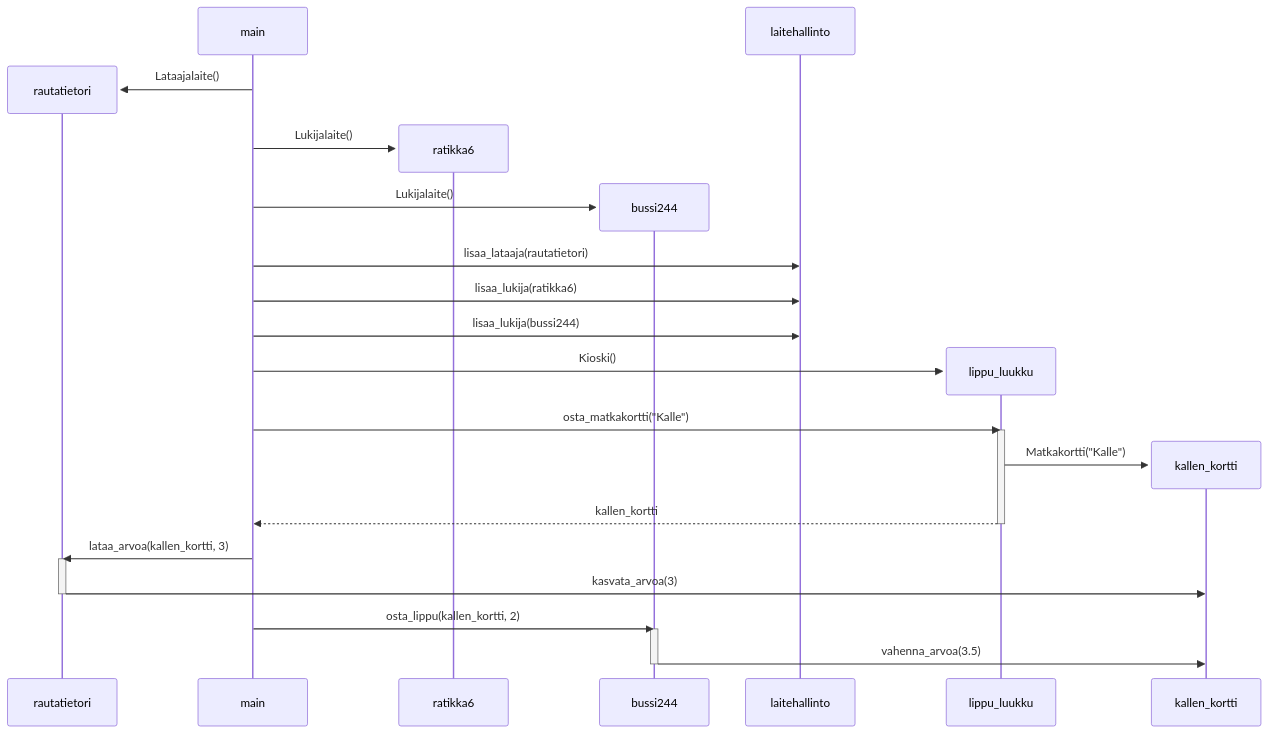
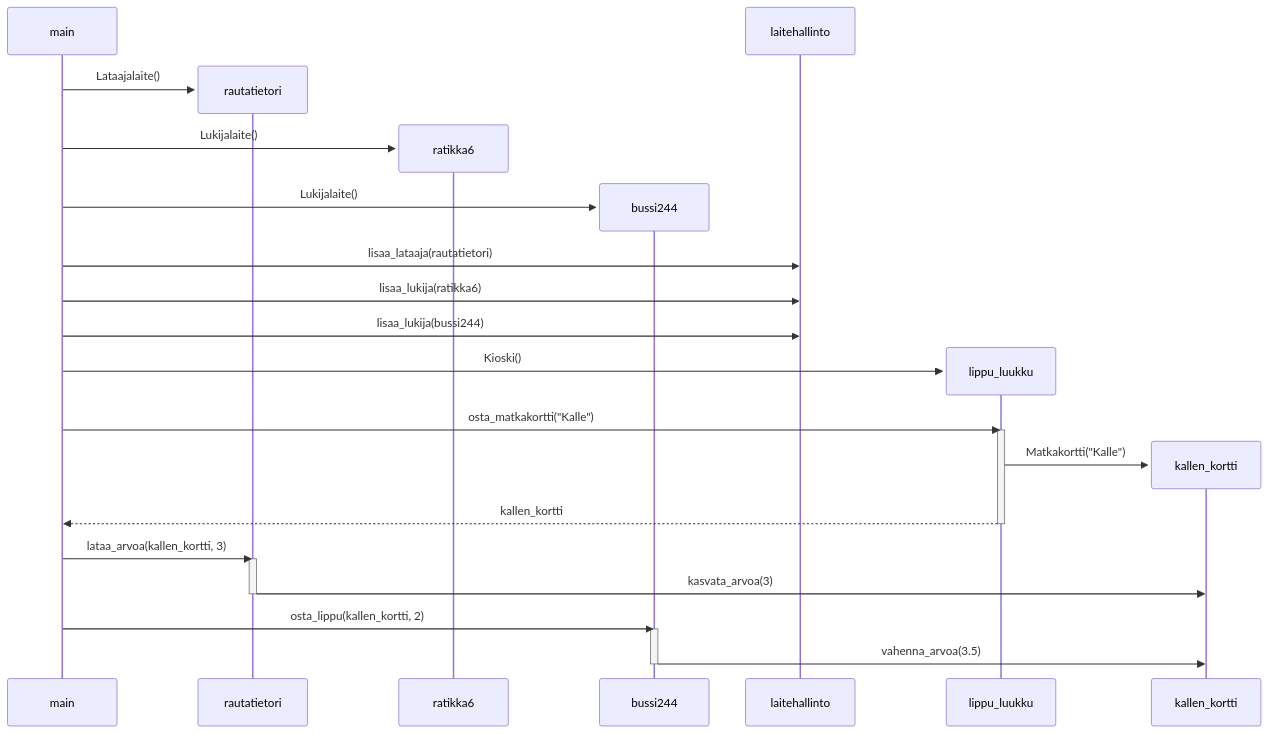
The diagram in laskarit/viikko3/hsl.md (TatuLaras/ot-harjoitustyo), drawn with Mermaid before and after one commit.

Commit message:
Sekvenssikaavio, muokkaus

````diff
--- a/laskarit/viikko3/hsl.md
+++ b/laskarit/viikko3/hsl.md
@@ -1,28 +1,29 @@
 ```mermaid
 sequenceDiagram
+    create participant main
     create participant rautatietori
     main ->>rautatietori: Lataajalaite()
     create participant ratikka6
     main ->>ratikka6: Lukijalaite()
     create participant bussi244
     main ->>bussi244: Lukijalaite()
     main ->>laitehallinto: lisaa_lataaja(rautatietori)
     main ->>laitehallinto: lisaa_lukija(ratikka6)
     main ->>laitehallinto: lisaa_lukija(bussi244)
     create participant lippu_luukku
     main ->>lippu_luukku: Kioski()
     main ->>lippu_luukku: osta_matkakortti("Kalle")
     activate lippu_luukku
     create participant kallen_kortti
     lippu_luukku->>kallen_kortti: Matkakortti("Kalle")
     lippu_luukku-->>main: kallen_kortti
     deactivate lippu_luukku
     main->>rautatietori: lataa_arvoa(kallen_kortti, 3)
     activate rautatietori
     rautatietori->>kallen_kortti: kasvata_arvoa(3)
     deactivate rautatietori
     main->>bussi244: osta_lippu(kallen_kortti, 2)
     activate bussi244
     bussi244->>kallen_kortti: vahenna_arvoa(3.5)
     deactivate bussi244
 ```
````
